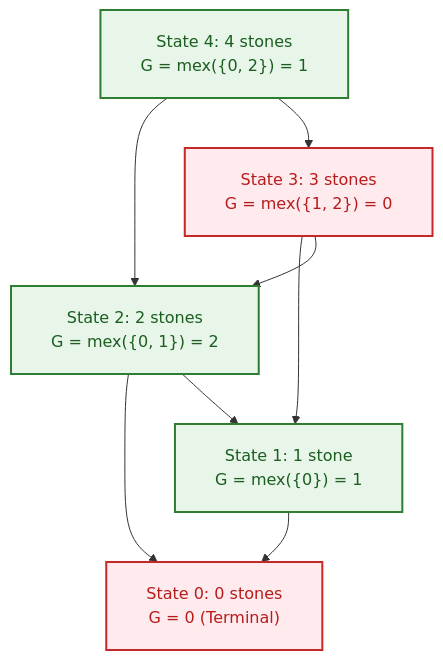
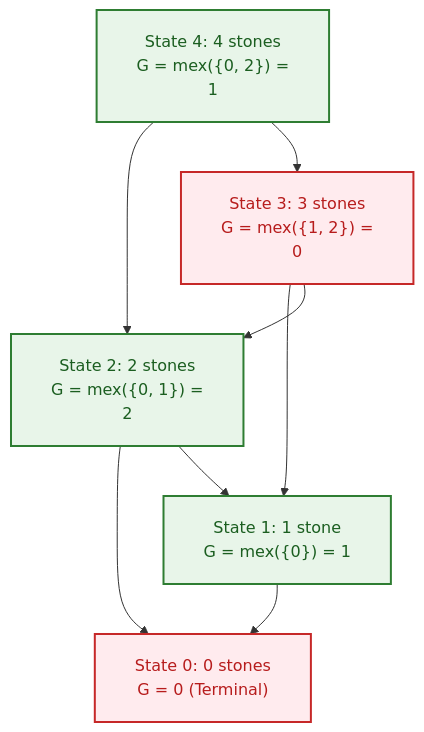
Before and after one commit to dip4k/DSA_102: the diagram in week_17_advanced_graphs_hld_fft/Week_17_Visual_Concepts_Playbook_HYBRID.md, drawn with Mermaid. The commit also changed 106 other files, not shown here.

First line of the commit message:
fix(mermaid): prevent text clipping with foreignObject overflow and tighter line wrapping

````diff
--- a/week_17_advanced_graphs_hld_fft/Week_17_Visual_Concepts_Playbook_HYBRID.md
+++ b/week_17_advanced_graphs_hld_fft/Week_17_Visual_Concepts_Playbook_HYBRID.md
@@ -127,20 +127,20 @@
 ```mermaid
-%%{init: {"flowchart": {"htmlLabels": true, "padding": 20}}}%%
+%%{init: {"flowchart": {"htmlLabels": true, "padding": 20}, "themeCSS": "foreignObject { overflow: visible !important; }"}}%%
 flowchart TD
     classDef loss fill:#ffebee,stroke:#c62828,stroke-width:2px,color:#b71c1c
     classDef win fill:#e8f5e9,stroke:#2e7d32,stroke-width:2px,color:#1b5e20
 
     S0["State 0: 0 stones<br/>G = 0 (Terminal)"]:::loss
     S1["State 1: 1 stone<br/>G = mex({0}) = 1"]:::win
-    S2["State 2: 2 stones<br/>G = mex({0, 1}) = 2"]:::win
-    S3["State 3: 3 stones<br/>G = mex({1, 2}) = 0"]:::loss
-    S4["State 4: 4 stones<br/>G = mex({0, 2}) = 1"]:::win
+    S2["State 2: 2 stones<br/>G = mex({0, 1}) =<br/>2"]:::win
+    S3["State 3: 3 stones<br/>G = mex({1, 2}) =<br/>0"]:::loss
+    S4["State 4: 4 stones<br/>G = mex({0, 2}) =<br/>1"]:::win
 
     S1 --> S0
     S2 --> S0
     S2 --> S1
     S3 --> S1
     S3 --> S2
     S4 --> S2
     S4 --> S3
 ```
````
